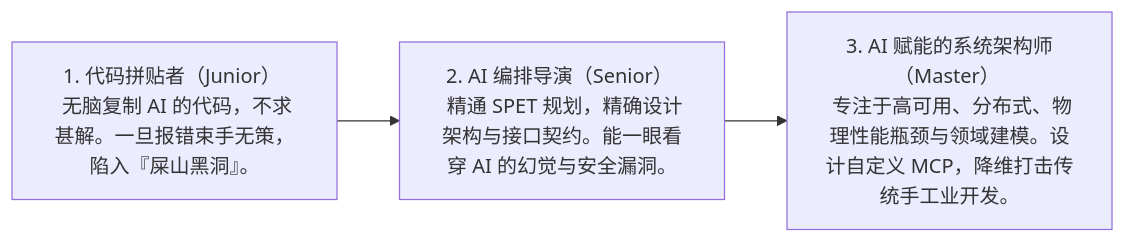
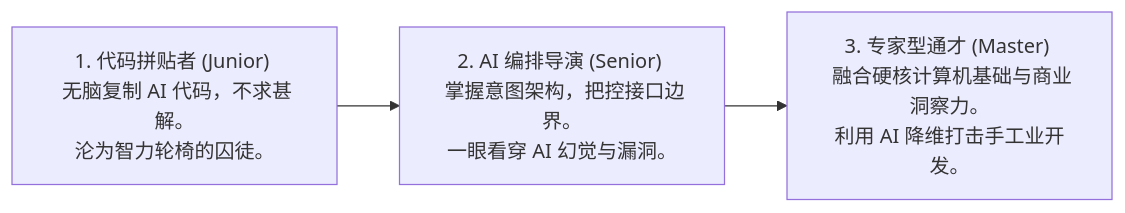
The diagram in docs/growth.md (ruanqizhen/cocode), drawn with Mermaid before and after one commit. The commit also changed other lines of this file and 1 other file, not shown here.

````diff
--- a/docs/growth.md
+++ b/docs/growth.md
@@ -38,5 +37,5 @@
 ```mermaid
 graph LR
-    Paster["1. 代码拼贴者（Junior） <br> 无脑复制 AI 的代码，不求甚解。一旦报错束手无策，陷入『屎山黑洞』。"] --> Director["2. AI 编排导演（Senior） <br> 精通 SPET 规划，精确设计架构与接口契约。能一眼看穿 AI 的幻觉与安全漏洞。"]
-    Director --> Architect["3. AI 赋能的系统架构师（Master） <br> 专注于高可用、分布式、物理性能瓶颈与领域建模。设计自定义 MCP，降维打击传统手工业开发。"]
+    Paster["1. 代码拼贴者 (Junior) <br> 无脑复制 AI 代码，不求甚解。<br>沦为智力轮椅的囚徒。"] --> Director["2. AI 编排导演 (Senior) <br> 掌握意图架构，把控接口边界。<br>一眼看穿 AI 幻觉与漏洞。"]
+    Director --> Architect["3. 专家型通才 (Master) <br> 融合硬核计算机基础与商业洞察力。<br>利用 AI 降维打击手工业开发。"]
 ```
````
